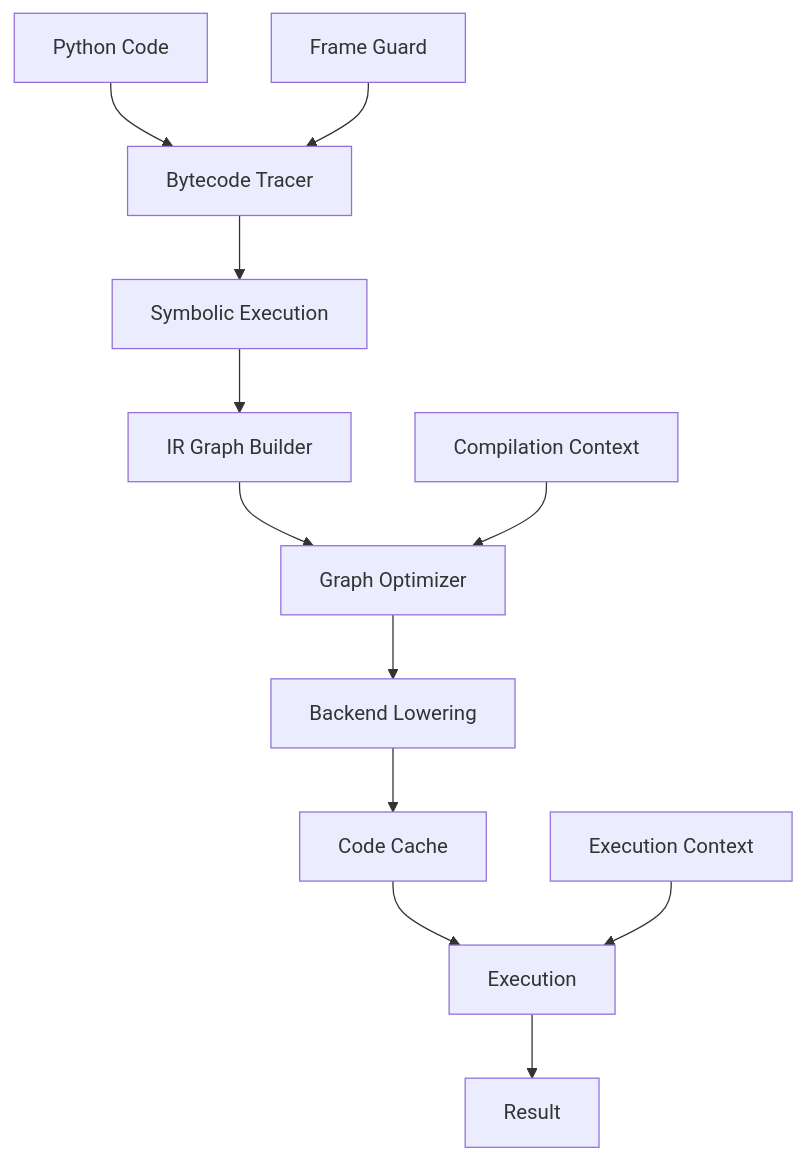
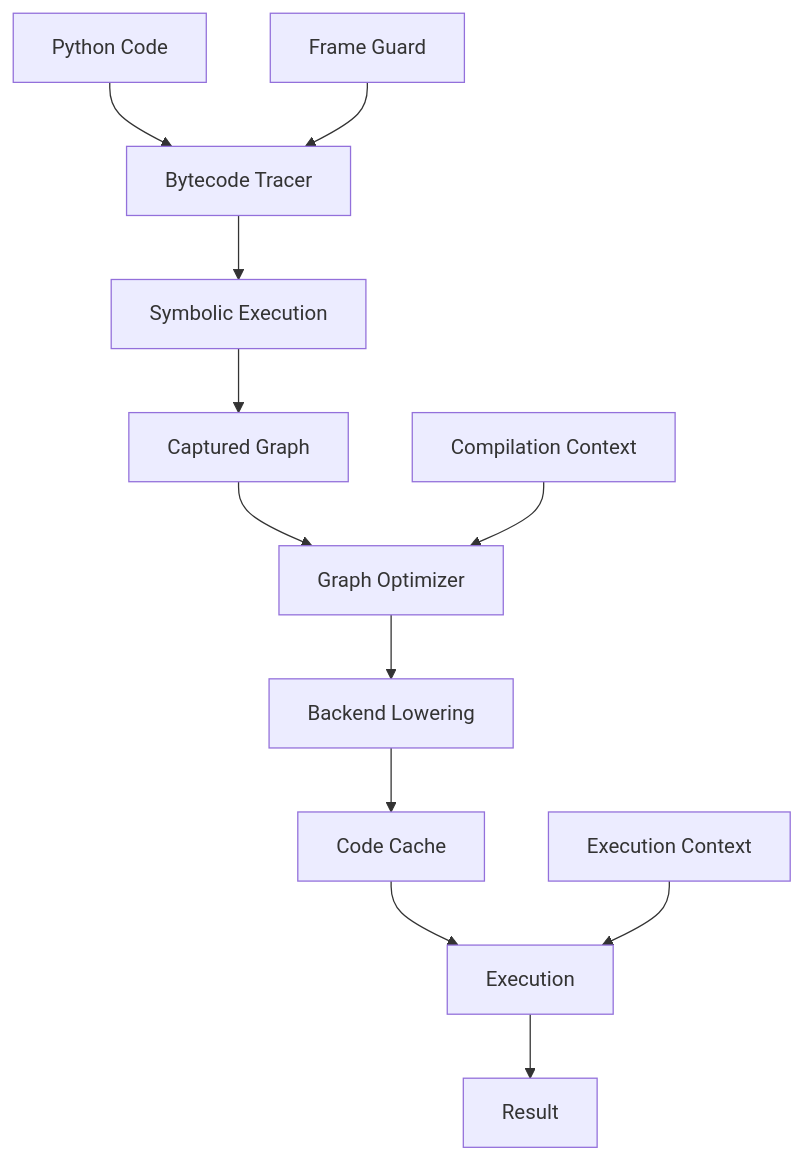
The diagram in 37-dynamic-graph-runtime/docs/ARCHITECTURE.md (jchu0/applied-cs-projects), drawn with Mermaid before and after one commit. The commit also changed other lines of this file and 26 other files, not shown here.

````diff
--- a/37-dynamic-graph-runtime/docs/ARCHITECTURE.md
+++ b/37-dynamic-graph-runtime/docs/ARCHITECTURE.md
@@ -78,15 +66,15 @@
 ```mermaid
 graph TD
     A[Python Code] --> B[Bytecode Tracer]
     B --> C[Symbolic Execution]
-    C --> D[IR Graph Builder]
+    C --> D[Captured Graph]
     D --> E[Graph Optimizer]
     E --> F[Backend Lowering]
     F --> G[Code Cache]
     G --> H[Execution]
     H --> I[Result]
 
     J[Frame Guard] --> B
     K[Compilation Context] --> E
     L[Execution Context] --> H
 ```
````
